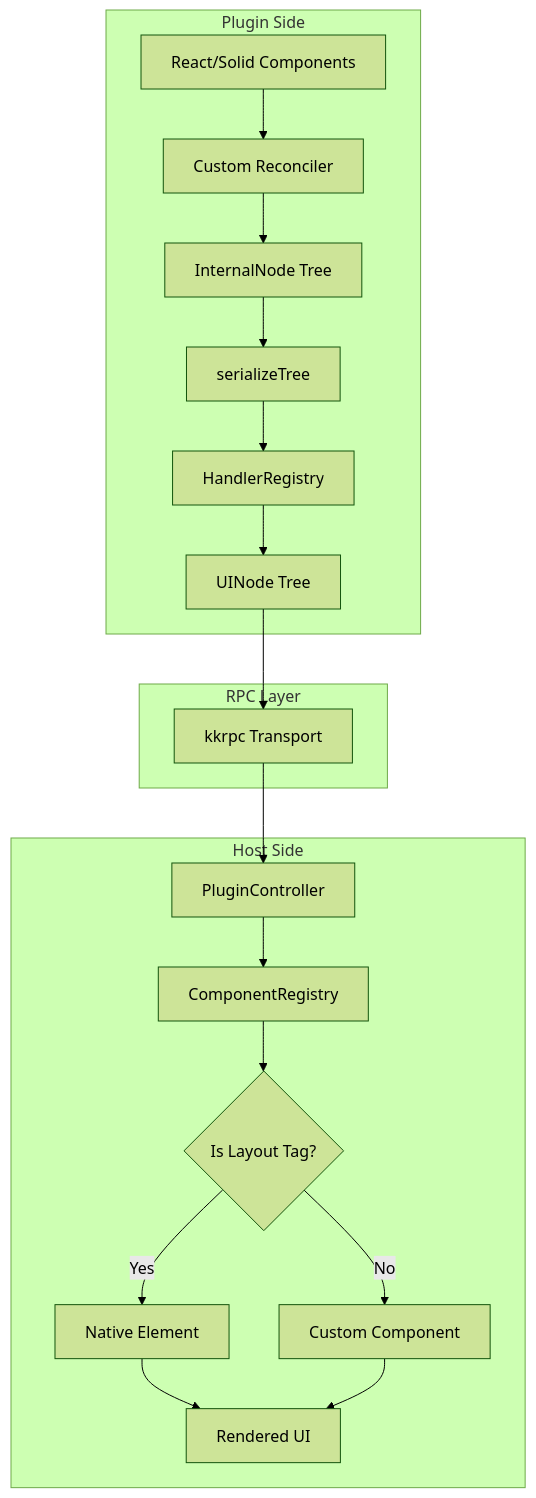
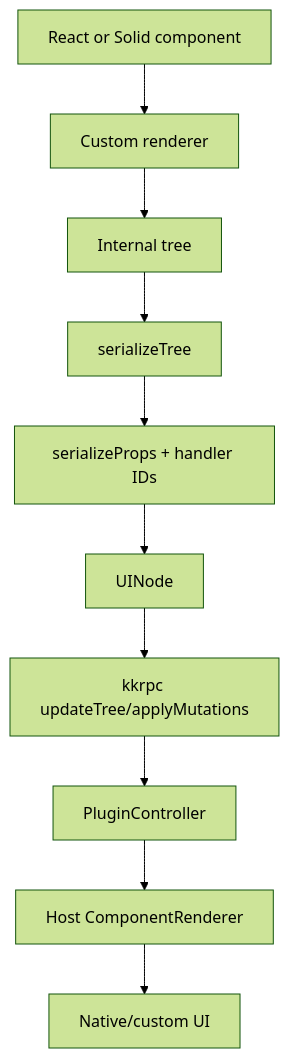
The first of 2 diagrams in .repowiki/en/content/Architecture/Data Flow.md (HuakunShen/uniview), drawn with Mermaid (forest theme) before and after one commit. The commit also changed other lines of this file and 31 other files, not shown here.

````diff
--- a/.repowiki/en/content/Architecture/Data Flow.md
+++ b/.repowiki/en/content/Architecture/Data Flow.md
@@ -31,38 +33,12 @@
 ```mermaid
 flowchart TD
-    subgraph Plugin["Plugin Side"]
-        RC[React/Solid Components]
-        RR[Custom Reconciler]
-        IN[InternalNode Tree]
-        ST[serializeTree]
-        HR[HandlerRegistry]
-        UIN[UINode Tree]
-    end
-
-    subgraph RPC["RPC Layer"]
-        KK[kkrpc Transport]
-    end
-
-    subgraph Host["Host Side"]
-        PC[PluginController]
-        CR[ComponentRegistry]
-        R1{Is Layout Tag?}
-        N[Native Element]
-        C[Custom Component]
-        UI[Rendered UI]
-    end
-
-    RC --> RR
-    RR --> IN
-    IN --> ST
-    ST --> HR
-    HR --> UIN
-    UIN --> KK
-    KK --> PC
-    PC --> CR
-    CR --> R1
-    R1 -->|Yes| N
-    R1 -->|No| C
-    N --> UI
-    C --> UI
+    React[React or Solid component] --> Renderer[Custom renderer]
+    Renderer --> Internal[Internal tree]
+    Internal --> Serialize[serializeTree]
+    Serialize --> Props[serializeProps + handler IDs]
+    Props --> UINode[UINode]
+    UINode --> RPC[kkrpc updateTree/applyMutations]
+    RPC --> Controller[PluginController]
+    Controller --> HostRenderer[Host ComponentRenderer]
+    HostRenderer --> UI[Native/custom UI]
 ```
````
